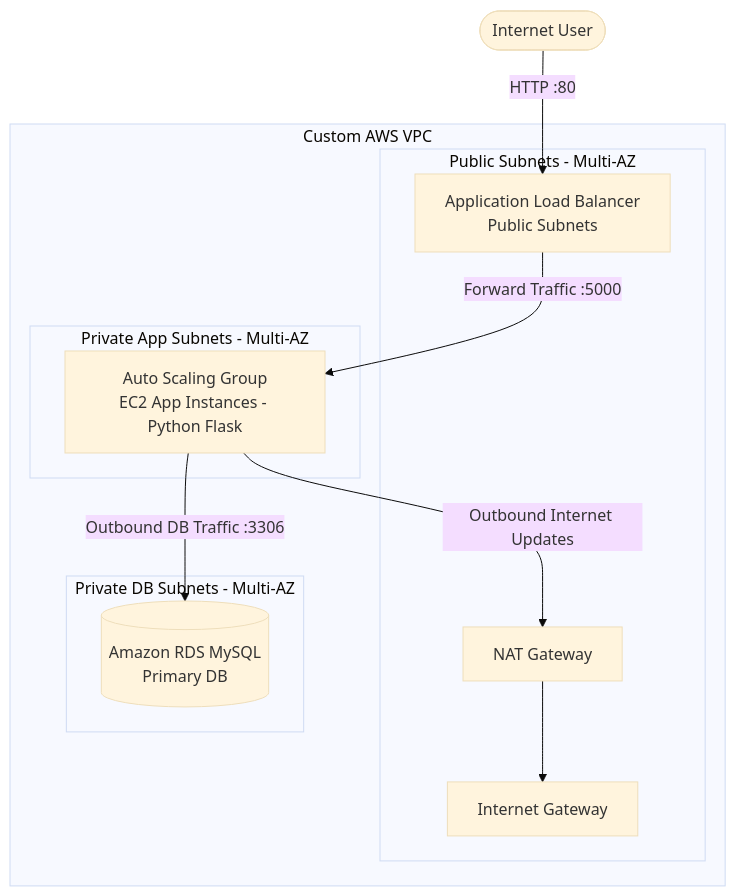
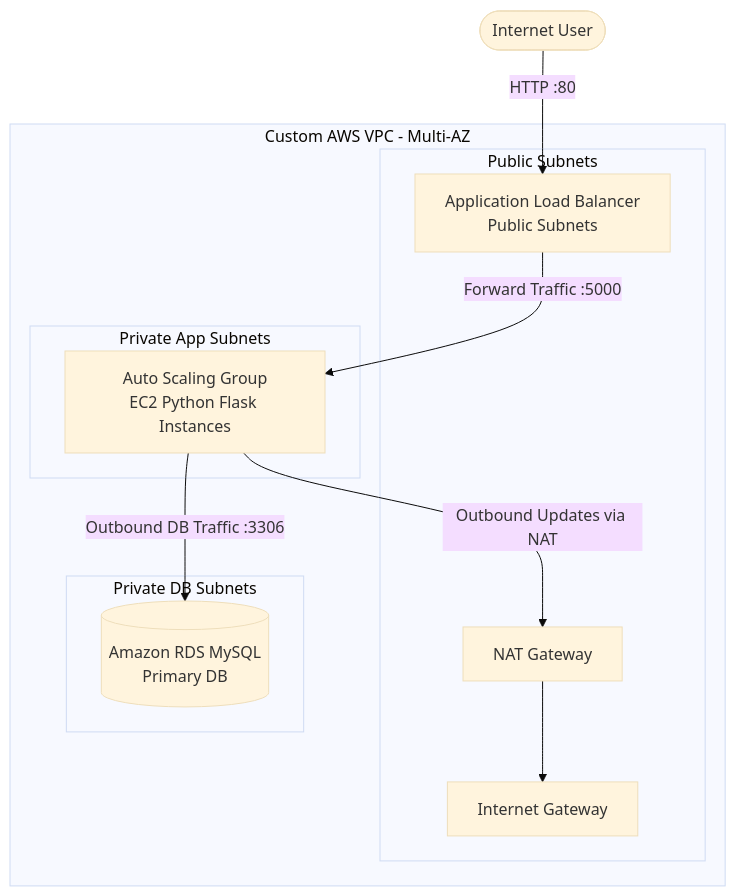
Before and after one commit to Ibad84671/secvault-aws-terraform: the diagram in README.md, drawn with Mermaid (base theme). The commit also changed other lines of this file, not shown here.

````diff
--- a/README.md
+++ b/README.md
@@ -11,24 +15,24 @@
 ```mermaid
 flowchart TD
     User([Internet User]) -->|HTTP :80| ALB[Application Load Balancer\nPublic Subnets]
 
-    subgraph VPC [Custom AWS VPC]
-        subgraph PublicSubnets [Public Subnets - Multi-AZ]
+    subgraph VPC [Custom AWS VPC - Multi-AZ]
+        subgraph PublicSubnets [Public Subnets]
             ALB
             IGW[Internet Gateway]
             NAT[NAT Gateway]
         end
 
-        subgraph PrivateAppSubnets [Private App Subnets - Multi-AZ]
-            ASG[Auto Scaling Group\nEC2 App Instances - Python Flask]
+        subgraph PrivateAppSubnets [Private App Subnets]
+            ASG[Auto Scaling Group\nEC2 Python Flask Instances]
         end
 
-        subgraph PrivateDBSubnets [Private DB Subnets - Multi-AZ]
+        subgraph PrivateDBSubnets [Private DB Subnets]
             RDS[(Amazon RDS MySQL\nPrimary DB)]
         end
     end
 
     ALB -->|Forward Traffic :5000| ASG
     ASG -->|Outbound DB Traffic :3306| RDS
-    ASG -->|Outbound Internet Updates| NAT --> IGW
+    ASG -->|Outbound Updates via NAT| NAT --> IGW
 ```
````
